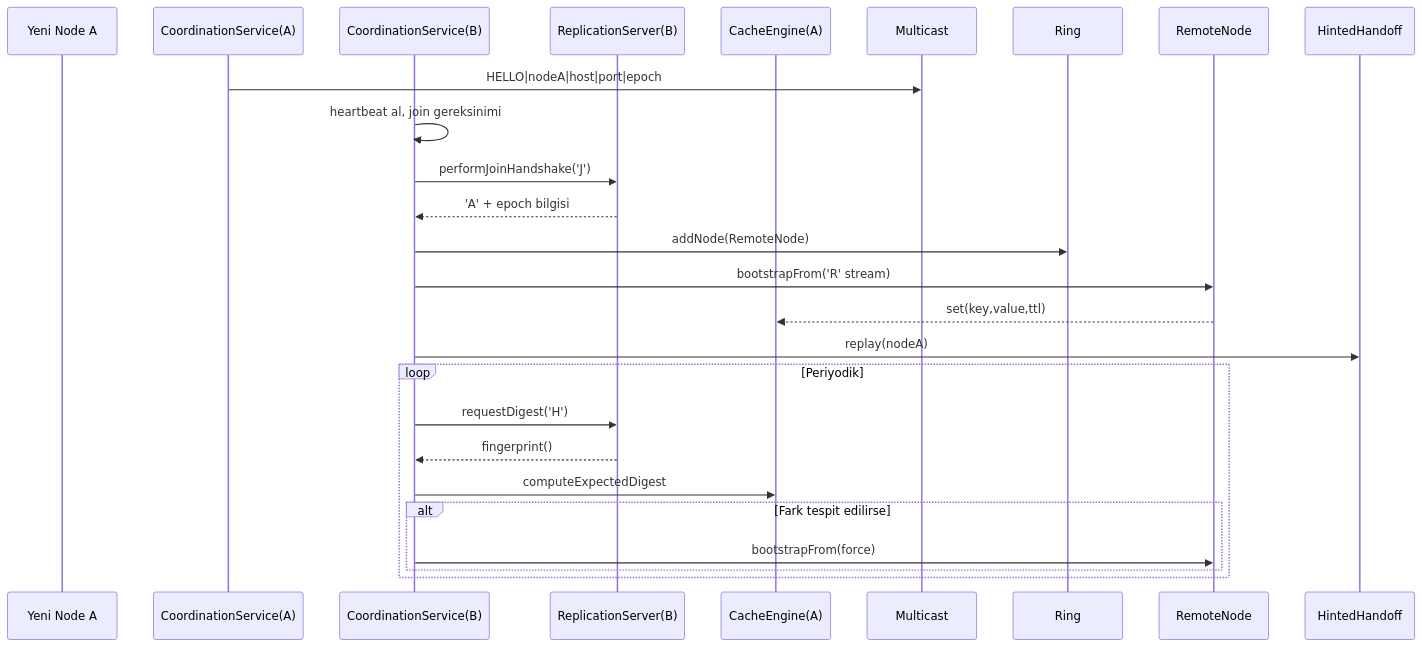
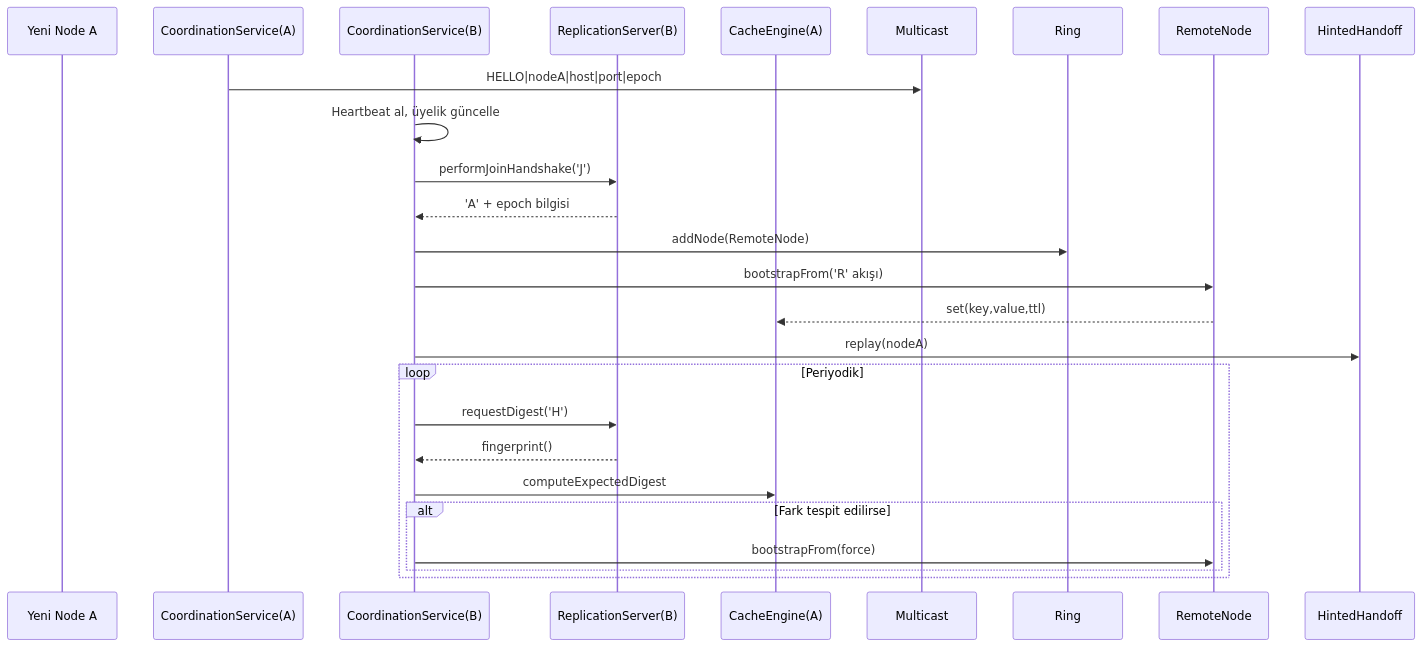
Before and after one commit to TunahanCan/can-cache: the second of 2 diagrams in help.md, drawn with Mermaid. The commit also changed other lines of this file, not shown here.

````diff
--- a/help.md
+++ b/help.md
@@ -93,24 +108,24 @@
 ```mermaid
 sequenceDiagram
     participant A as Yeni Node A
     participant CoordA as CoordinationService(A)
     participant CoordB as CoordinationService(B)
     participant RepB as ReplicationServer(B)
     participant EngineA as CacheEngine(A)
     CoordA->>Multicast: HELLO|nodeA|host|port|epoch
-    CoordB->>CoordB: heartbeat al, join gereksinimi
+    CoordB->>CoordB: Heartbeat al, üyelik güncelle
     CoordB->>RepB: performJoinHandshake('J')
     RepB-->>CoordB: 'A' + epoch bilgisi
     CoordB->>Ring: addNode(RemoteNode)
-    CoordB->>RemoteNode: bootstrapFrom('R' stream)
+    CoordB->>RemoteNode: bootstrapFrom('R' akışı)
     RemoteNode-->>EngineA: set(key,value,ttl)
     CoordB->>HintedHandoff: replay(nodeA)
     loop Periyodik
         CoordB->>RepB: requestDigest('H')
         RepB-->>CoordB: fingerprint()
         CoordB->>EngineA: computeExpectedDigest
         alt Fark tespit edilirse
             CoordB->>RemoteNode: bootstrapFrom(force)
         end
     end
 ```
````
